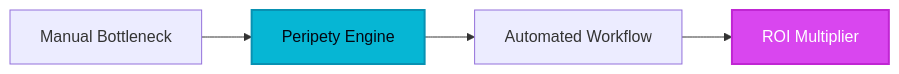
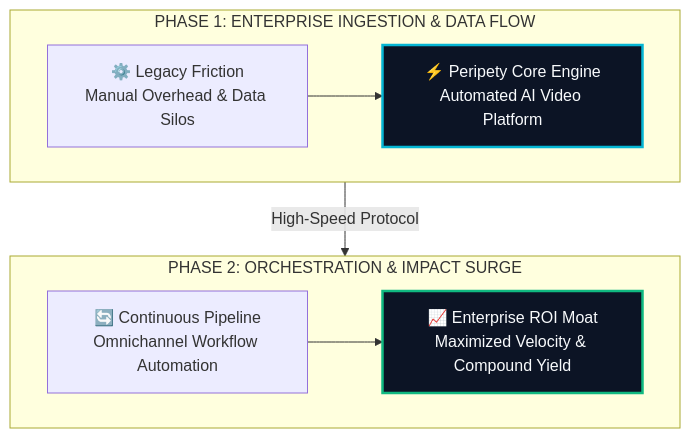
The diagram in site/src/content/blog/peripety-evolution-guide-2026.md (heliatech-media/saas-radar), drawn with Mermaid before and after one commit. The commit also changed 97 other files, not shown here.

First line of the commit message:
feat(diagrams): upgrade all article architecture schemas to high-impact 2-tier responsive vector blueprints

````diff
--- a/site/src/content/blog/peripety-evolution-guide-2026.md
+++ b/site/src/content/blog/peripety-evolution-guide-2026.md
@@ -52,8 +52,14 @@
 ```mermaid
-flowchart LR
-    A[Manual Bottleneck] --> B[Peripety Engine]
-    B --> C[Automated Workflow]
-    C --> D[ROI Multiplier]
-    style B fill:#06b6d4,stroke:#0891b2,stroke-width:2px,color:#030712
-    style D fill:#d946ef,stroke:#c026d3,stroke-width:2px,color:#ffffff
+flowchart TD
+    subgraph S1["PHASE 1: ENTERPRISE INGESTION & DATA FLOW"]
+        direction LR
+        A["⚙️ Legacy Friction<br/>Manual Overhead & Data Silos"] --> B["⚡ Peripety Core Engine<br/>Automated AI Video Platform"]
+    end
+    subgraph S2["PHASE 2: ORCHESTRATION & IMPACT SURGE"]
+        direction LR
+        C["🔄 Continuous Pipeline<br/>Omnichannel Workflow Automation"] --> D["📈 Enterprise ROI Moat<br/>Maximized Velocity & Compound Yield"]
+    end
+    S1 -->|High-Speed Protocol| S2
+    style B fill:#0c1425,stroke:#06b6d4,stroke-width:2.5px,color:#f8fafc
+    style D fill:#0c1425,stroke:#10b981,stroke-width:2.5px,color:#f8fafc
 ```
````
